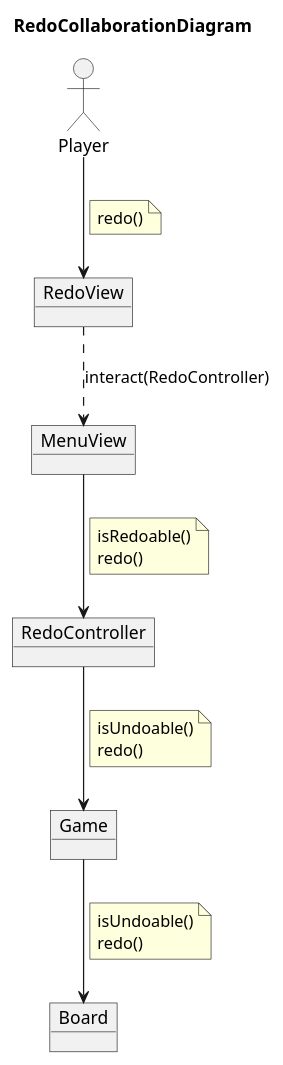
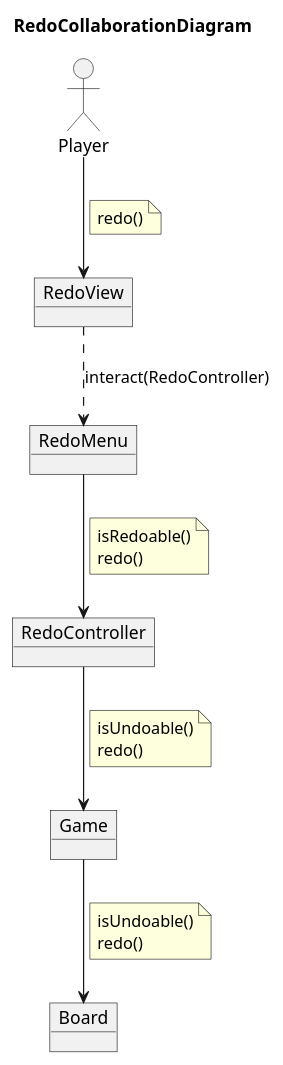
Before and after one commit to Master-Desarrollo-20-21/patrones-diseno---practica-final---juego-de-las-damas-fraylopez: the diagram in docs/src/analysis/use-cases/redo-colab.plantuml, drawn with PlantUML. The commit also changed 5 other files, not shown here.

```diff
--- a/docs/src/analysis/use-cases/redo-colab.plantuml
+++ b/docs/src/analysis/use-cases/redo-colab.plantuml
@@ -1,38 +1,38 @@
 @startuml RedoCollaborationDiagram
 title RedoCollaborationDiagram
 
 allow_mixing
 ' left to right direction
 
 actor Player
-object MenuView
+object RedoMenu
 object RedoView
 object RedoController
 object Game
 object Board
 
 Player --> RedoView
 note on link
     redo()
 end note
-RedoView ..> MenuView : interact(RedoController)
+RedoView ..> RedoMenu : interact(RedoController)
 
-MenuView --> RedoController
+RedoMenu --> RedoController
 note on link
     isRedoable()
     redo()
 end note
 
 RedoController --> Game
 note on link
     isUndoable()
     redo()
 end note
 
 Game --> Board
 note on link
     isUndoable()
     redo()
 end note
 
 @enduml
```
